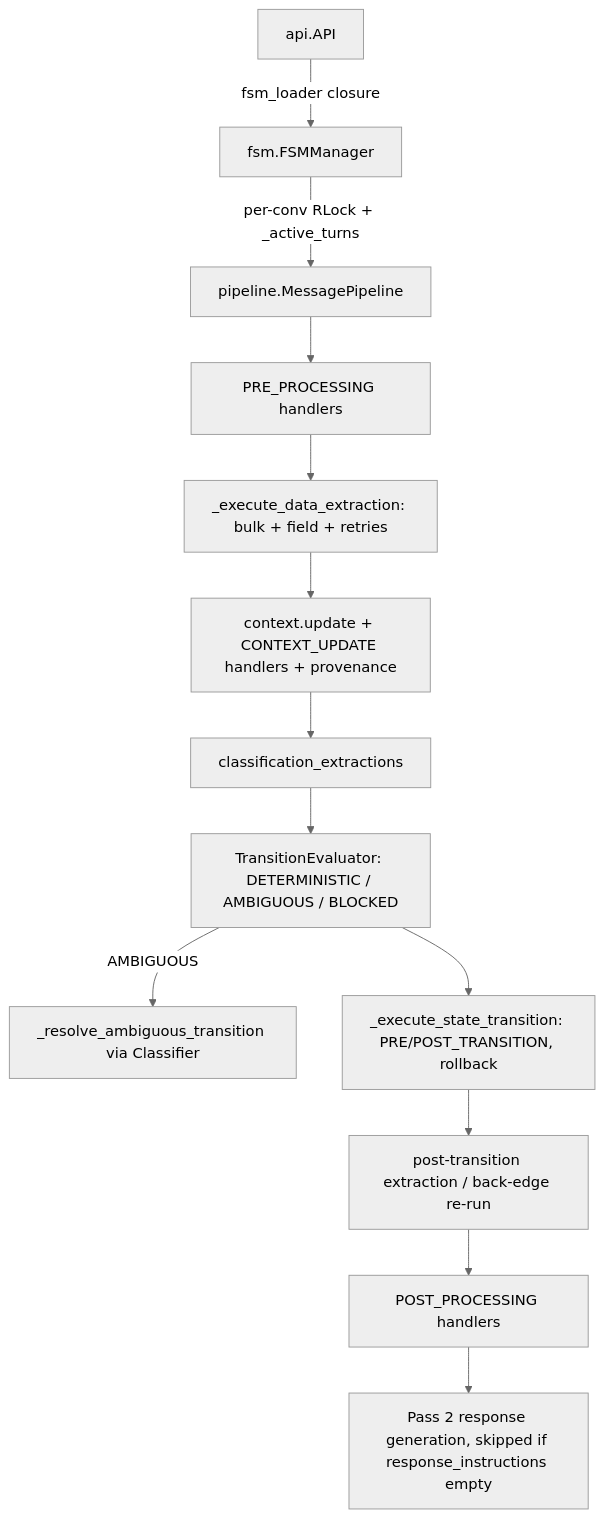
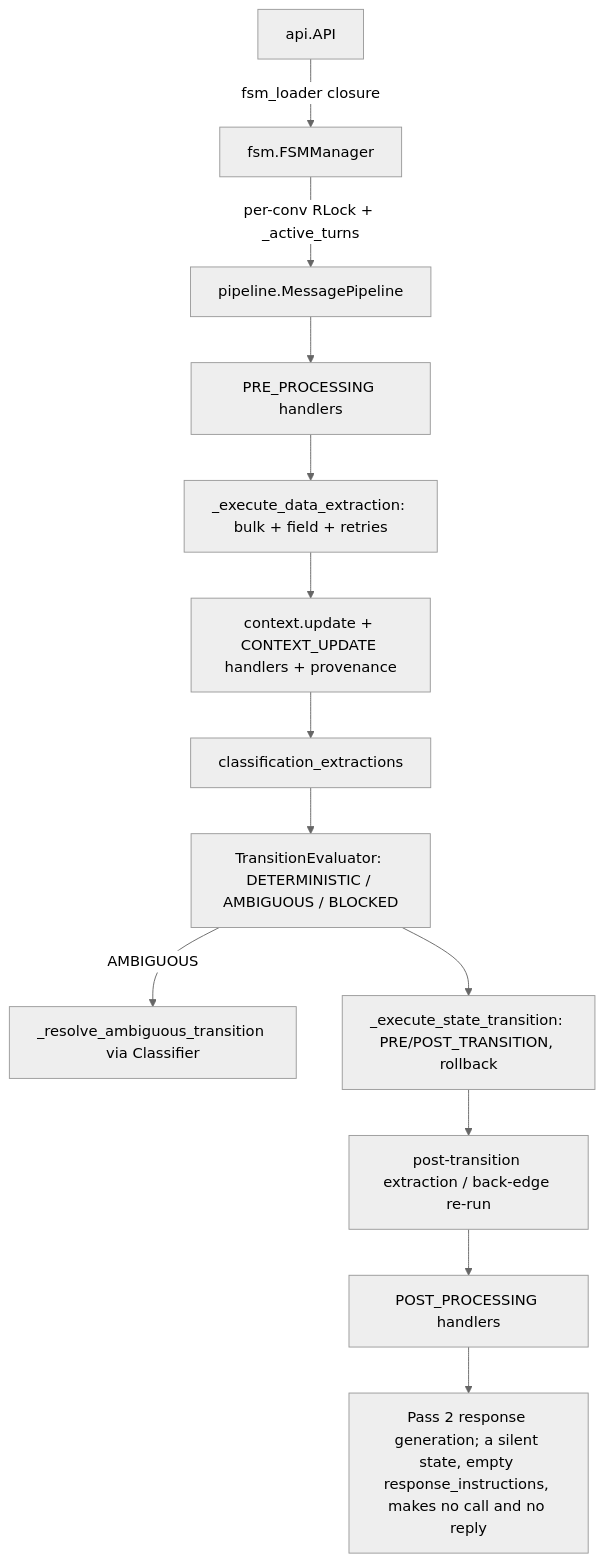
One commit to NikolasMarkou/fsm_llm changed the first of 2 diagrams in src/fsm_llm/CLAUDE.md. Above: the diagram before and after it, drawn with Mermaid (neutral theme). The commit also changed other lines of this file and 29 other files, not shown here.

````diff
--- a/src/fsm_llm/CLAUDE.md
+++ b/src/fsm_llm/CLAUDE.md
@@ -15,15 +15,15 @@
 ```mermaid
 flowchart TD
     API[api.API] -->|fsm_loader closure| FM[fsm.FSMManager]
     FM -->|per-conv RLock + _active_turns| MP[pipeline.MessagePipeline]
     MP --> PRE[PRE_PROCESSING handlers]
     PRE --> DX[_execute_data_extraction: bulk + field + retries]
     DX --> CU[context.update + CONTEXT_UPDATE handlers + provenance]
     CU --> CX[classification_extractions]
     CX --> TE[TransitionEvaluator: DETERMINISTIC / AMBIGUOUS / BLOCKED]
     TE -->|AMBIGUOUS| AC[_resolve_ambiguous_transition via Classifier]
     TE --> ST[_execute_state_transition: PRE/POST_TRANSITION, rollback]
     ST --> PX[post-transition extraction / back-edge re-run]
     PX --> POST[POST_PROCESSING handlers]
-    POST --> RG[Pass 2 response generation, skipped if response_instructions empty]
+    POST --> RG[Pass 2 response generation; a silent state, empty response_instructions, makes no call and no reply]
 ```
````
